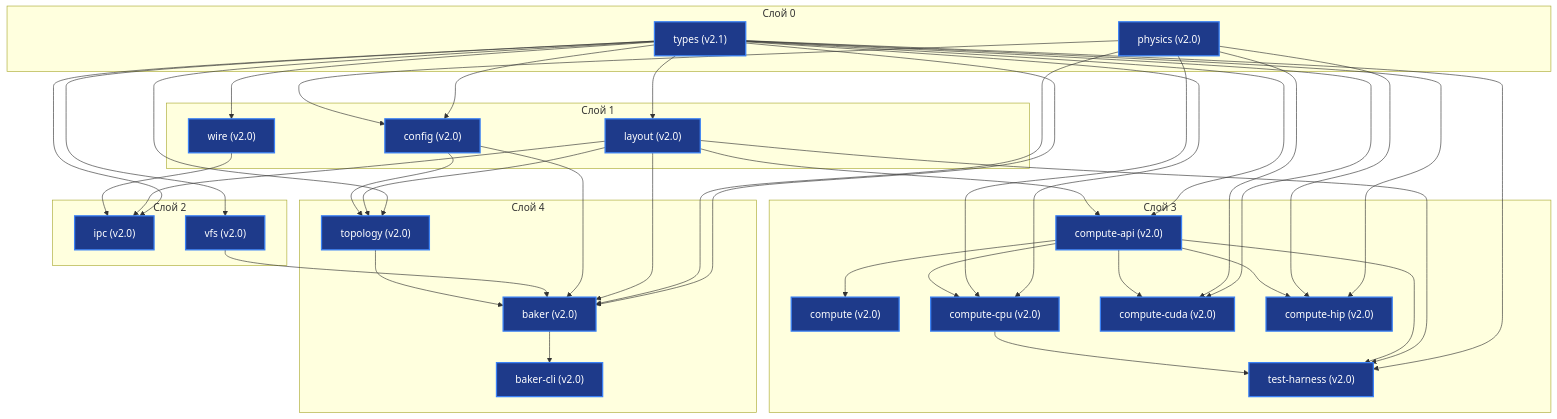
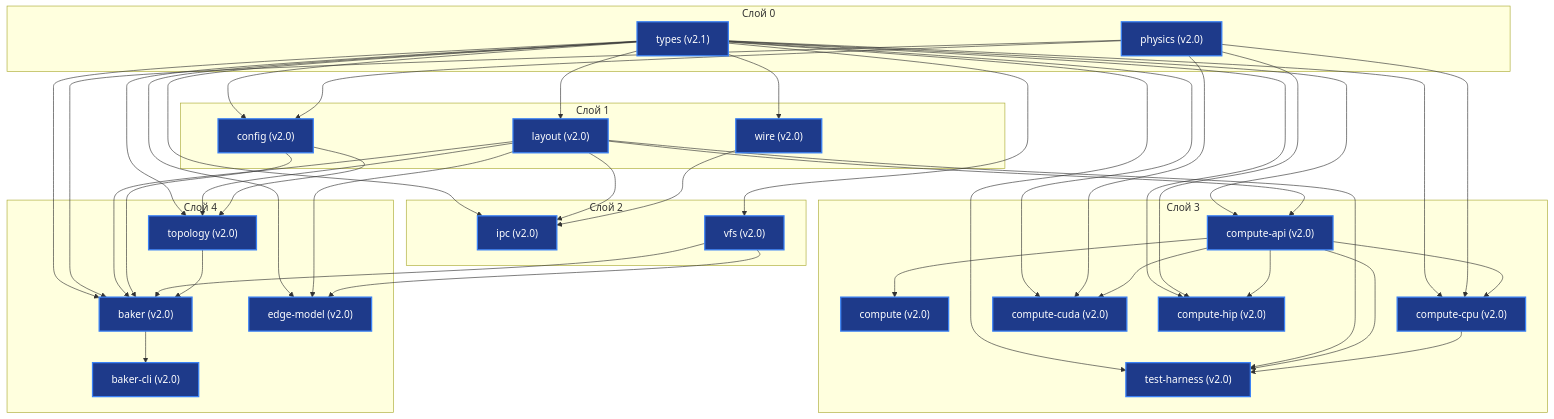
The diagram in docs/engine/INDEX.md (H4V1K-dev/axicor_enterprise), drawn with Mermaid before and after one commit. The commit also changed other lines of this file and 2 other files, not shown here.

Commit message:
docs: add engine index and technical specifications for baker cli and edge model

````diff
--- a/docs/engine/INDEX.md
+++ b/docs/engine/INDEX.md
@@ -9,67 +9,71 @@
 ```mermaid
 graph TD
     subgraph L0["Слой 0"]
         types["types (v2.1)"]
         physics["physics (v2.0)"]
     end
     subgraph L1["Слой 1"]
         layout["layout (v2.0)"]
         config["config (v2.0)"]
         wire["wire (v2.0)"]
     end
     subgraph L2["Слой 2"]
         ipc["ipc (v2.0)"]
         vfs["vfs (v2.0)"]
     end
     subgraph L3["Слой 3"]
         compute_api["compute-api (v2.0)"]
         compute["compute (v2.0)"]
         compute_cpu["compute-cpu (v2.0)"]
         compute_cuda["compute-cuda (v2.0)"]
         compute_hip["compute-hip (v2.0)"]
         test_harness["test-harness (v2.0)"]
     end
     subgraph L4["Слой 4"]
         topology["topology (v2.0)"]
         baker["baker (v2.0)"]
         baker_cli["baker-cli (v2.0)"]
+        edge_model["edge-model (v2.0)"]
     end
 
     types --> layout
     types --> config
     types --> wire
     types --> ipc
     types --> vfs
     types --> compute_api
     types --> compute_cpu
     types --> compute_cuda
     types --> compute_hip
     types --> test_harness
     types --> topology
     types --> baker
+    types --> edge_model
     physics --> config
     physics --> compute_cpu
     physics --> compute_cuda
     physics --> compute_hip
     physics --> baker
     layout --> ipc
     wire --> ipc
     layout --> compute_api
     layout --> test_harness
     layout --> topology
     layout --> baker
+    layout --> edge_model
     config --> topology
     config --> baker
     vfs --> baker
+    vfs --> edge_model
     topology --> baker
     baker --> baker_cli
     compute_api --> compute
     compute_api --> compute_cpu
     compute_api --> compute_cuda
     compute_api --> compute_hip
     compute_api --> test_harness
     compute_cpu --> test_harness
 
     classDef active fill:#1e3a8a,stroke:#3b82f6,stroke-width:2px,color:#fff;
-    class types,physics,layout,config,wire,ipc,vfs,compute_api,compute,compute_cpu,compute_cuda,compute_hip,test_harness,topology,baker,baker_cli active;
+    class types,physics,layout,config,wire,ipc,vfs,compute_api,compute,compute_cpu,compute_cuda,compute_hip,test_harness,topology,baker,baker_cli,edge_model active;
 ```
````
